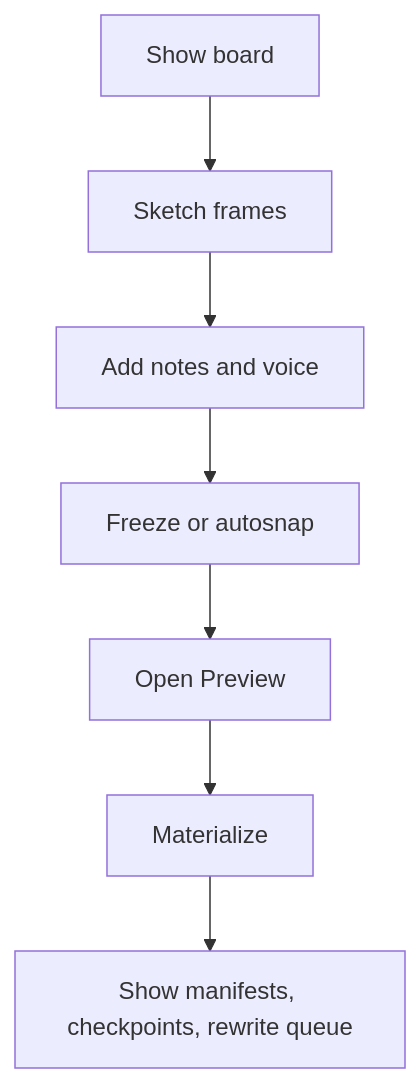
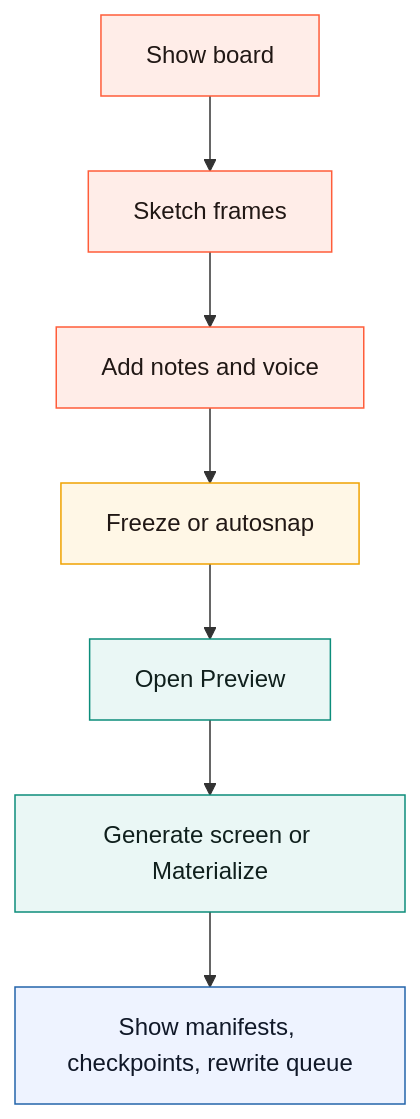
Before and after one commit to varshneydevansh/Canvax: the first of 2 diagrams in docs/canvax-demo-script.md, drawn with Mermaid. The commit also changed other lines of this file and 24 other files, not shown here.

````diff
--- a/docs/canvax-demo-script.md
+++ b/docs/canvax-demo-script.md
@@ -19,9 +19,18 @@
 ```mermaid
 flowchart TD
     A[Show board] --> B[Sketch frames]
     B --> C[Add notes and voice]
     C --> D[Freeze or autosnap]
     D --> E[Open Preview]
-    E --> F[Materialize]
+    E --> F[Generate screen or Materialize]
     F --> G[Show manifests, checkpoints, rewrite queue]
+
+    classDef input fill:#ffede8,stroke:#ff5d3a,color:#211815;
+    classDef save fill:#fff7e6,stroke:#f0a202,color:#211815;
+    classDef output fill:#eaf7f5,stroke:#0c8d7b,color:#10201d;
+    classDef explain fill:#eef3ff,stroke:#2364aa,color:#101828;
+    class A,B,C input;
+    class D save;
+    class E,F output;
+    class G explain;
 ```
````
